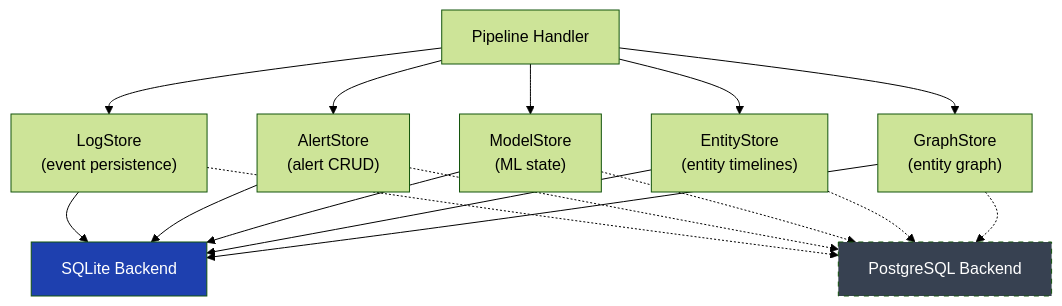
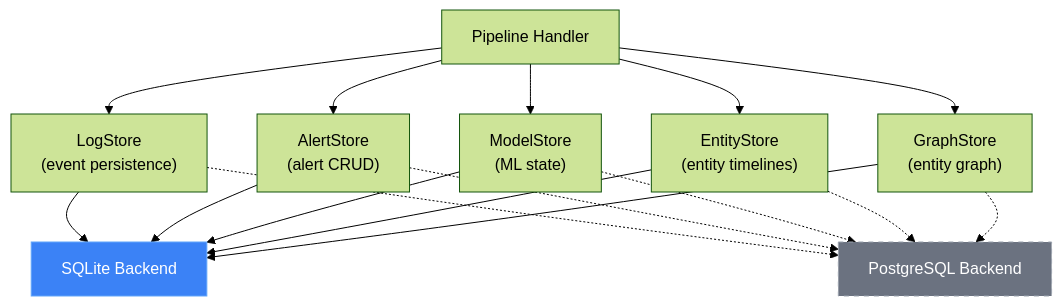
The first of 2 diagrams in docs/operations/storage.md (seerflow/seerflow-guide), drawn with Mermaid (forest theme) before and after one commit.

Commit message:
fix(S-139G): improve contrast on storage architecture diagram boxes

````diff
--- a/docs/operations/storage.md
+++ b/docs/operations/storage.md
@@ -7,25 +7,25 @@
 ```mermaid
 flowchart TB
     Pipeline["Pipeline Handler"]
 
     Pipeline --> LogStore["LogStore\n(event persistence)"]
     Pipeline --> AlertStore["AlertStore\n(alert CRUD)"]
     Pipeline --> ModelStore["ModelStore\n(ML state)"]
     Pipeline --> EntityStore["EntityStore\n(entity timelines)"]
     Pipeline --> GraphStore["GraphStore\n(entity graph)"]
 
     LogStore --> SQLite["SQLite Backend"]
     AlertStore --> SQLite
     ModelStore --> SQLite
     EntityStore --> SQLite
     GraphStore --> SQLite
 
     LogStore -.-> PG["PostgreSQL Backend"]
     AlertStore -.-> PG
     ModelStore -.-> PG
     EntityStore -.-> PG
     GraphStore -.-> PG
 
-    style SQLite fill:#1e40af,color:#fff
-    style PG fill:#374151,color:#fff,stroke-dasharray:5 5
+    style SQLite fill:#3b82f6,color:#fff,stroke:#60a5fa
+    style PG fill:#6b7280,color:#fff,stroke:#9ca3af,stroke-dasharray:5 5
 ```
````
